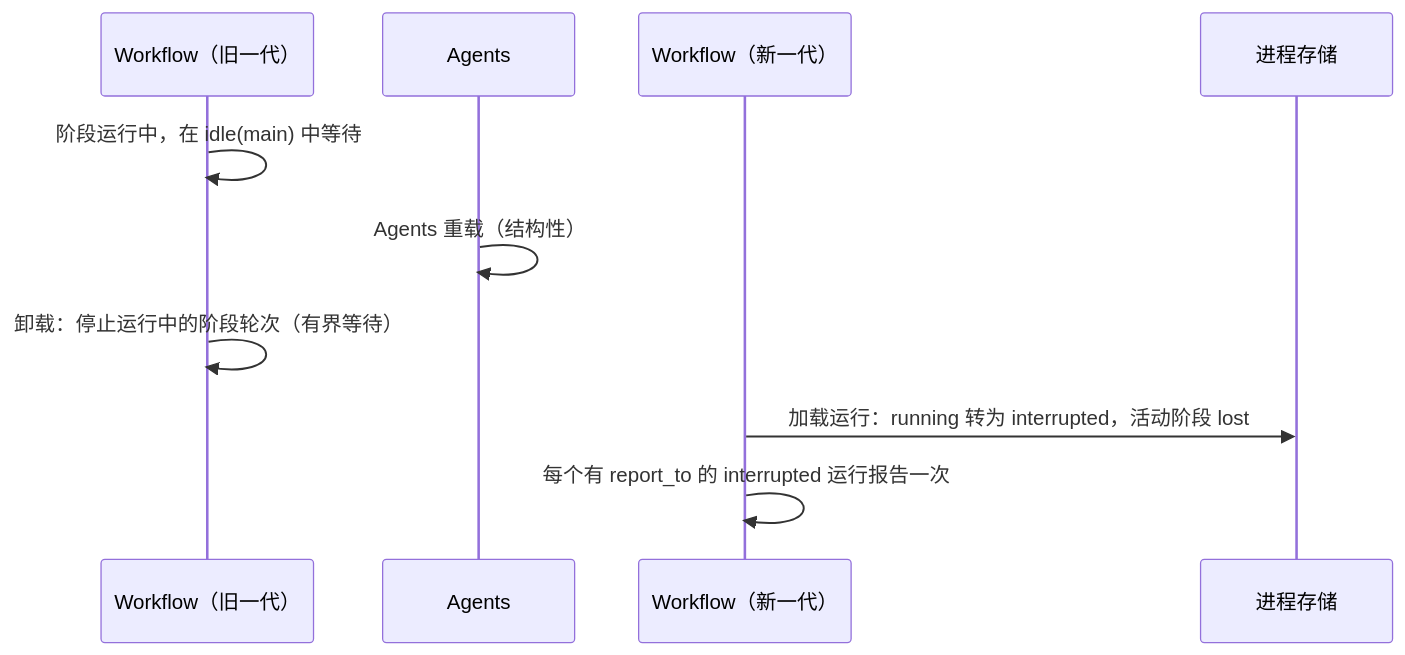
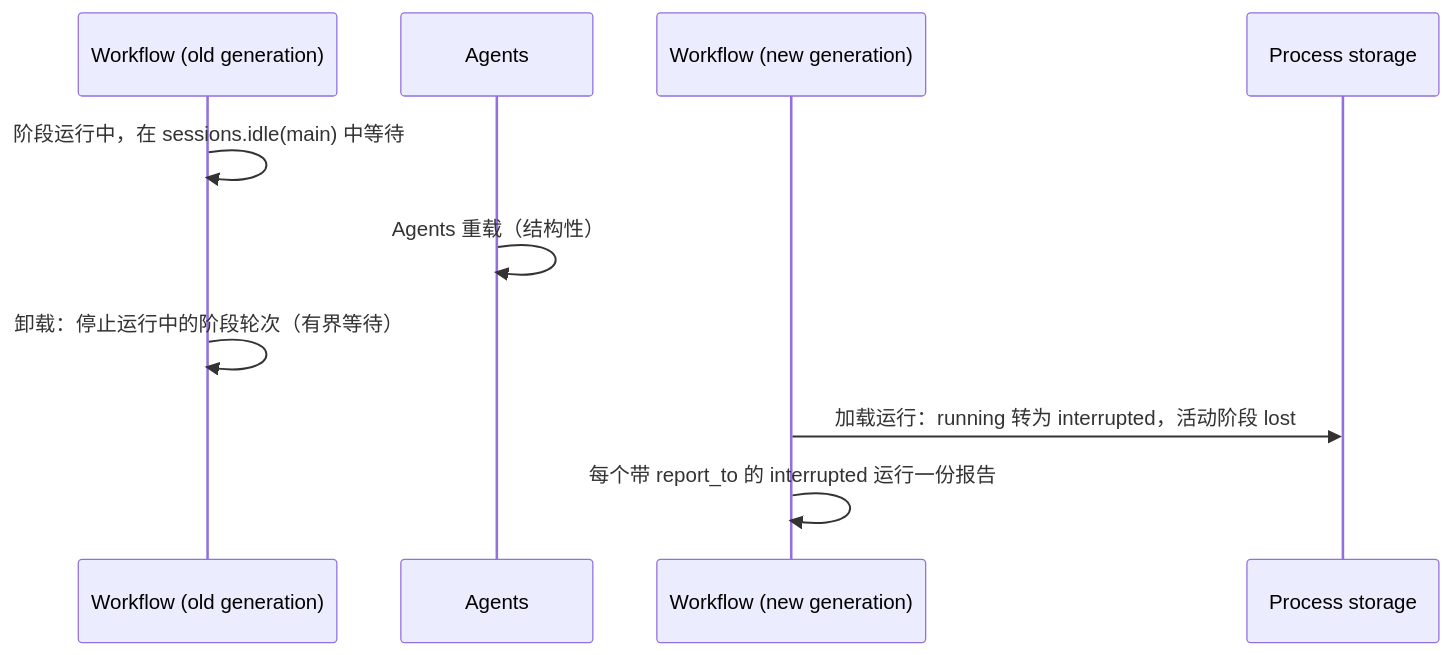
The sixth of 6 diagrams in docs/zh/design/plugins/Workflow.md (CoutinhoTTS/dim-agent), drawn with Mermaid before and after one commit. The commit also changed other lines of this file and 18 other files, not shown here.

````diff
--- a/docs/zh/design/plugins/Workflow.md
+++ b/docs/zh/design/plugins/Workflow.md
@@ -163,12 +161,12 @@
 ```mermaid
 sequenceDiagram
-  participant WF as Workflow（旧一代）
+  participant WF as Workflow (old generation)
   participant A as Agents
-  participant WF2 as Workflow（新一代）
-  participant ST as 进程存储
-  WF->>WF: 阶段运行中，在 idle(main) 中等待
+  participant WF2 as Workflow (new generation)
+  participant ST as Process storage
+  WF->>WF: 阶段运行中，在 sessions.idle(main) 中等待
   A->>A: Agents 重载（结构性）
   WF->>WF: 卸载：停止运行中的阶段轮次（有界等待）
   WF2->>ST: 加载运行：running 转为 interrupted，活动阶段 lost
-  WF2->>WF2: 每个有 report_to 的 interrupted 运行报告一次
+  WF2->>WF2: 每个带 report_to 的 interrupted 运行一份报告
 ```
````
